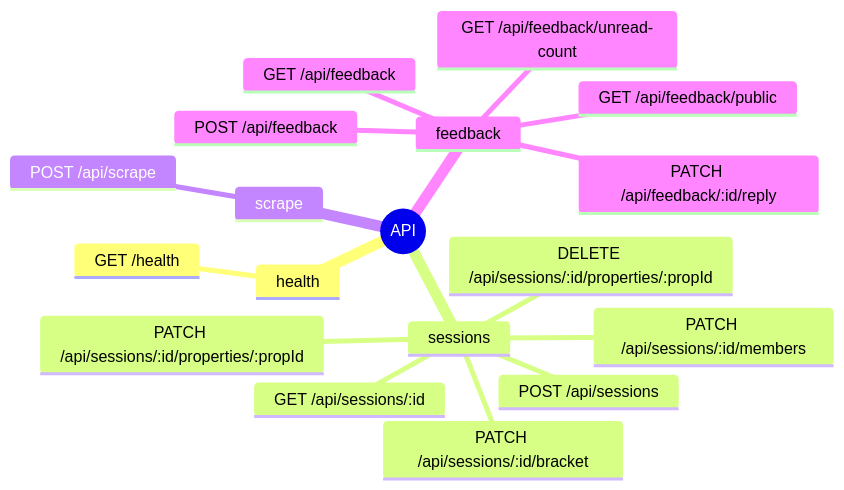
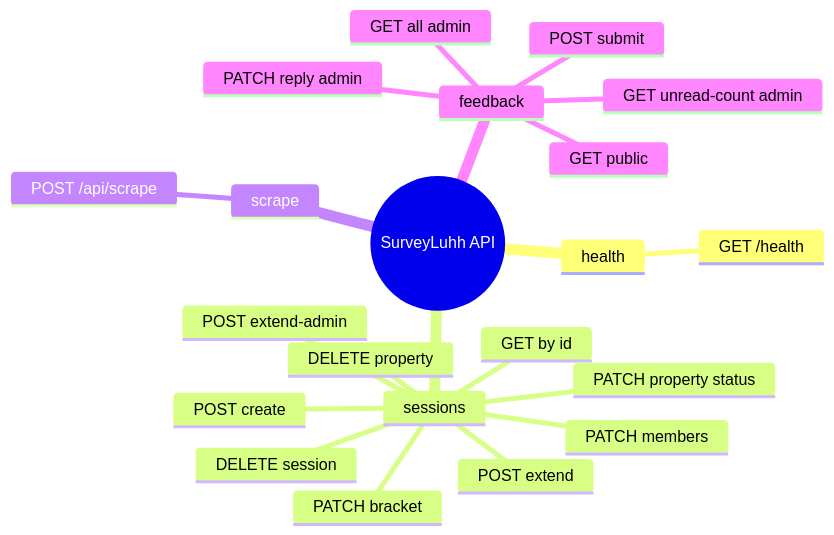
One commit to snsyaqirah/snsyaqirah.github.io changed the tenth of 16 diagrams in portfolio-react/public/docs/surveyluhh.md. Above: the diagram before and after it, drawn with Mermaid. The commit also changed other lines of this file and 101 other files, not shown here.

````diff
--- a/portfolio-react/public/docs/surveyluhh.md
+++ b/portfolio-react/public/docs/surveyluhh.md
@@ -329,21 +380,24 @@
 ```mermaid
 mindmap
-  root((API))
+  root((SurveyLuhh API))
     health
       GET /health
     sessions
-      POST /api/sessions
-      GET /api/sessions/:id
-      PATCH /api/sessions/:id/properties/:propId
-      DELETE /api/sessions/:id/properties/:propId
-      PATCH /api/sessions/:id/members
-      PATCH /api/sessions/:id/bracket
+      POST create
+      GET by id
+      DELETE session
+      PATCH property status
+      DELETE property
+      PATCH members
+      PATCH bracket
+      POST extend
+      POST extend-admin
     scrape
       POST /api/scrape
     feedback
-      POST /api/feedback
-      GET /api/feedback/public
-      GET /api/feedback
-      GET /api/feedback/unread-count
-      PATCH /api/feedback/:id/reply
+      POST submit
+      GET public
+      GET all admin
+      GET unread-count admin
+      PATCH reply admin
 ```
````
